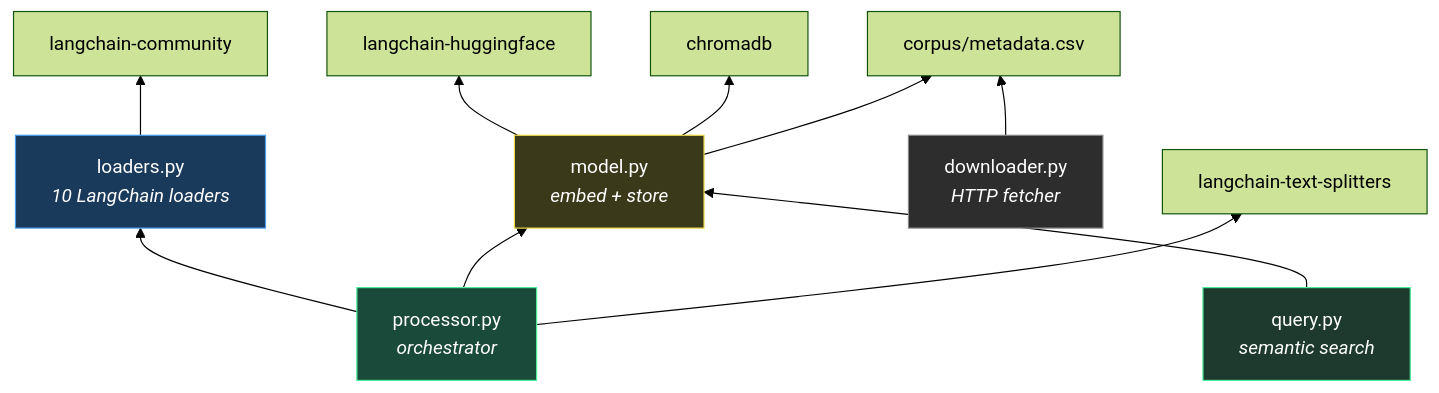
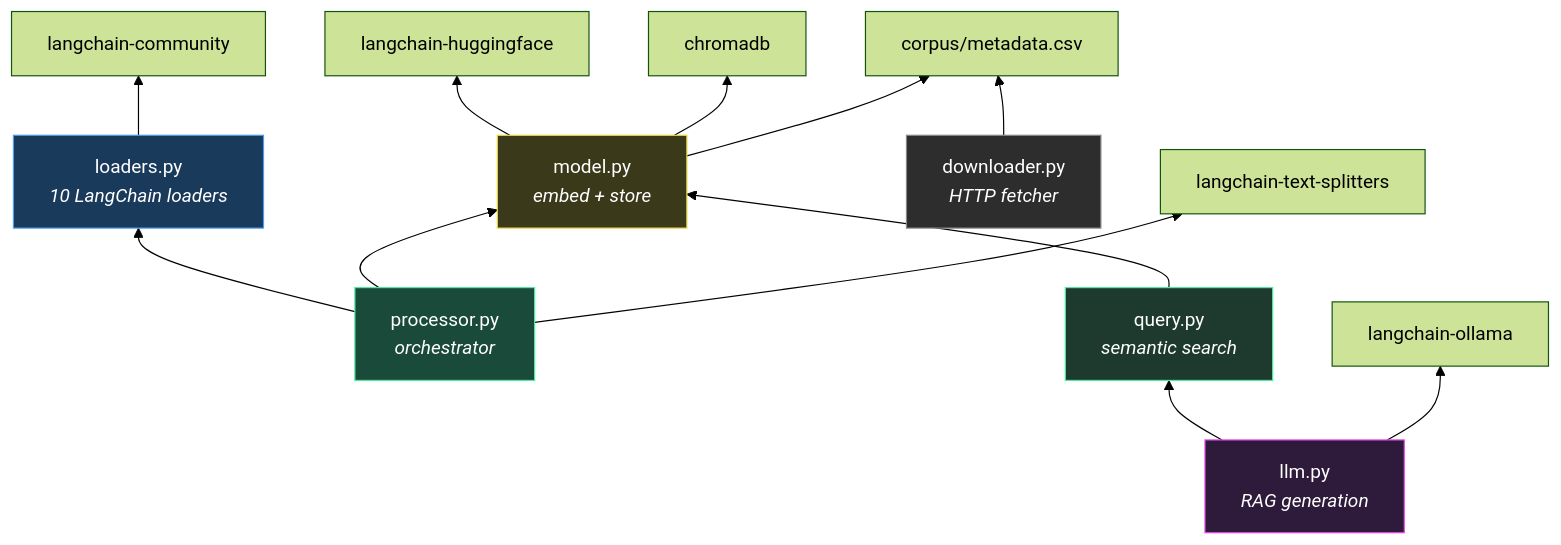
One commit to garthmortensen/rag_v1 changed the third of 3 diagrams in docs/architecture.md. Above: the diagram before and after it, drawn with Mermaid (forest theme). The commit also changed other lines of this file and 8 other files, not shown here.

````diff
--- a/docs/architecture.md
+++ b/docs/architecture.md
@@ -157,29 +171,34 @@
 ```mermaid
 graph BT
     PROC["processor.py<br/><i>orchestrator</i>"]
     LOAD["loaders.py<br/><i>10 LangChain loaders</i>"]
     MODEL["model.py<br/><i>embed + store</i>"]
     DL["downloader.py<br/><i>HTTP fetcher</i>"]
     QUERY["query.py<br/><i>semantic search</i>"]
+    GEN["llm.py<br/><i>RAG generation</i>"]
 
     LC_SPLIT["langchain-text-splitters"]
     LC_COMM["langchain-community"]
     LC_HF["langchain-huggingface"]
+    LC_OL["langchain-ollama"]
     CHROMA["chromadb"]
 
     PROC --> LOAD
     PROC --> MODEL
     LOAD --> LC_COMM
     PROC --> LC_SPLIT
     MODEL --> LC_HF
     MODEL --> CHROMA
     QUERY --> MODEL
+    GEN --> QUERY
+    GEN --> LC_OL
     DL --> META_CSV["corpus/metadata.csv"]
     MODEL --> META_CSV
 
     style PROC fill:#1a4a3a,stroke:#4aed9e,color:#fff
     style LOAD fill:#1a3a5c,stroke:#4a9eed,color:#fff
     style MODEL fill:#3a3a1a,stroke:#edd74a,color:#fff
     style DL fill:#2d2d2d,stroke:#888,color:#fff
     style QUERY fill:#1e3a2e,stroke:#4aed9e,color:#fff
+    style GEN fill:#2e1a3a,stroke:#ed4aed,color:#fff
 ```
````
